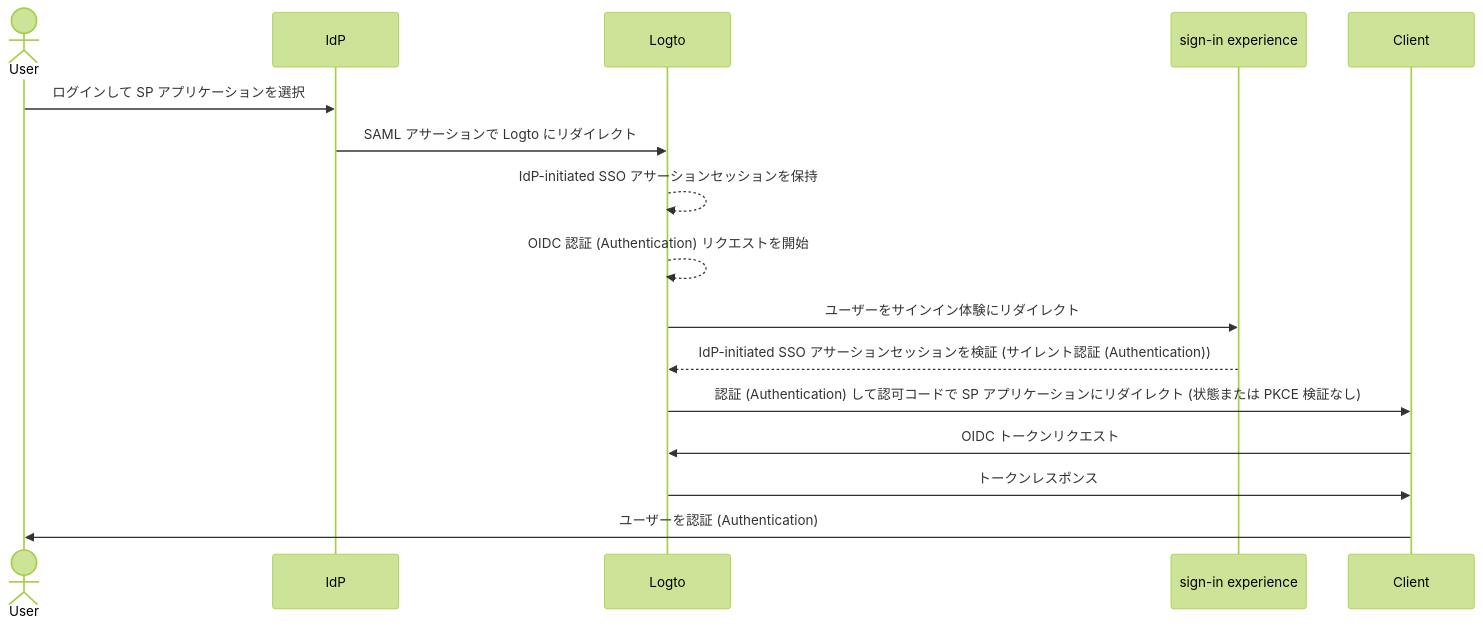
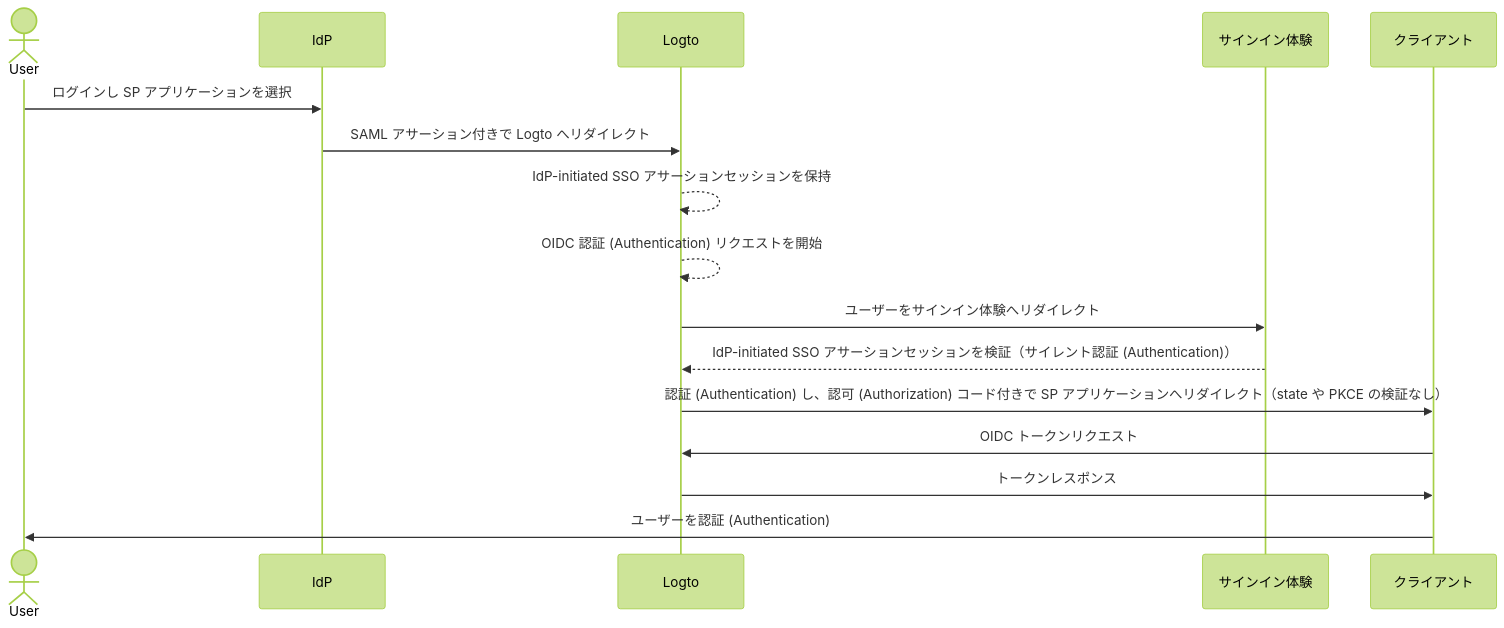
The second of 2 diagrams in i18n/ja/docusaurus-plugin-content-docs/current/end-user-flows/enterprise-sso/idp-initiated-sso.mdx (logto-io/docs), drawn with Mermaid (forest theme) before and after one commit. The commit also changed other lines of this file and 666 other files, not shown here.

````diff
--- a/i18n/ja/docusaurus-plugin-content-docs/current/end-user-flows/enterprise-sso/idp-initiated-sso.mdx
+++ b/i18n/ja/docusaurus-plugin-content-docs/current/end-user-flows/enterprise-sso/idp-initiated-sso.mdx
@@ -137,20 +139,20 @@
 ```mermaid
   sequenceDiagram
 
   actor User
   participant IdP as IdP
   participant Logto as Logto
-  participant Experience as sign-in experience
-  participant SP as Client
+  participant Experience as サインイン体験
+  participant SP as クライアント
 
-  User->>IdP: ログインして SP アプリケーションを選択
-  IdP->>Logto: SAML アサーションで Logto にリダイレクト
+  User->>IdP: ログインし SP アプリケーションを選択
+  IdP->>Logto: SAML アサーション付きで Logto へリダイレクト
   Logto-->>Logto: IdP-initiated SSO アサーションセッションを保持
   Logto-->>Logto: OIDC 認証 (Authentication) リクエストを開始
-  Logto->>Experience: ユーザーをサインイン体験にリダイレクト
-  Experience-->>Logto: IdP-initiated SSO アサーションセッションを検証 (サイレント認証 (Authentication))
-  Logto->>SP: 認証 (Authentication) して認可コードで SP アプリケーションにリダイレクト (状態または PKCE 検証なし)
+  Logto->>Experience: ユーザーをサインイン体験へリダイレクト
+  Experience-->>Logto: IdP-initiated SSO アサーションセッションを検証（サイレント認証 (Authentication)）
+  Logto->>SP: 認証 (Authentication) し、認可 (Authorization) コード付きで SP アプリケーションへリダイレクト（state や PKCE の検証なし）
   SP->>Logto: OIDC トークンリクエスト
   Logto->>SP: トークンレスポンス
   SP->>User: ユーザーを認証 (Authentication)
 ```
````
